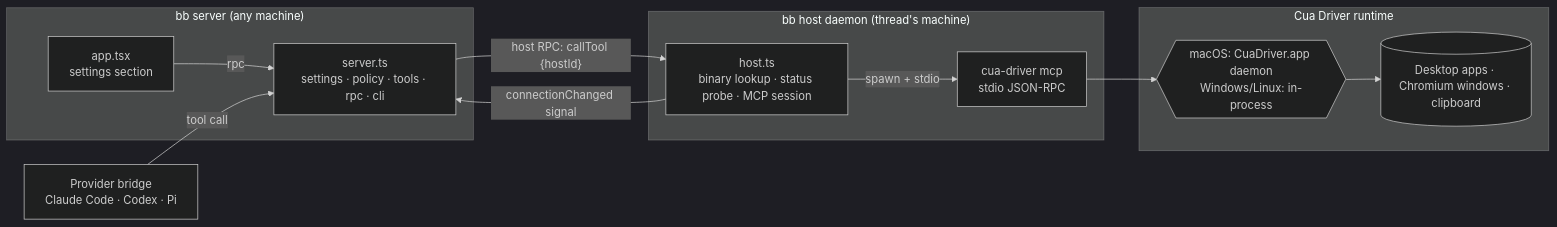
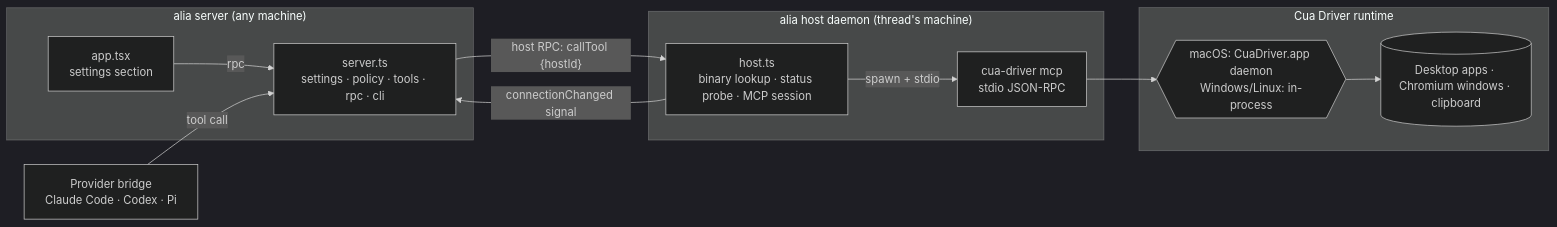
Before and after one commit to Vesnalia/vesnalia-plugins: the first of 3 diagrams in plugins/cua-driver/docs/ARCHITECTURE.md, drawn with Mermaid (dark theme). The commit also changed other lines of this file and 13306 other files, not shown here.

````diff
--- a/plugins/cua-driver/docs/ARCHITECTURE.md
+++ b/plugins/cua-driver/docs/ARCHITECTURE.md
@@ -5,21 +5,21 @@
 ```mermaid
 flowchart LR
-  subgraph bbServer["bb server (any machine)"]
+  subgraph aliaServer["alia server (any machine)"]
     S[server.ts<br/>settings · policy · tools · rpc · cli]
     UI[app.tsx<br/>settings section]
     UI -- rpc --> S
   end
-  subgraph daemon["bb host daemon (thread's machine)"]
+  subgraph daemon["alia host daemon (thread's machine)"]
     H[host.ts<br/>binary lookup · status probe · MCP session]
     M[cua-driver mcp<br/>stdio JSON-RPC]
     H -- spawn + stdio --> M
   end
   subgraph cua["Cua Driver runtime"]
     D{{macOS: CuaDriver.app daemon<br/>Windows/Linux: in-process}}
     OS[(Desktop apps · Chromium windows · clipboard)]
     M --> D --> OS
   end
   P[Provider bridge<br/>Claude Code · Codex · Pi] -- tool call --> S
   S -- "host RPC: callTool {hostId}" --> H
   H -- "connectionChanged signal" --> S
 ```
````
